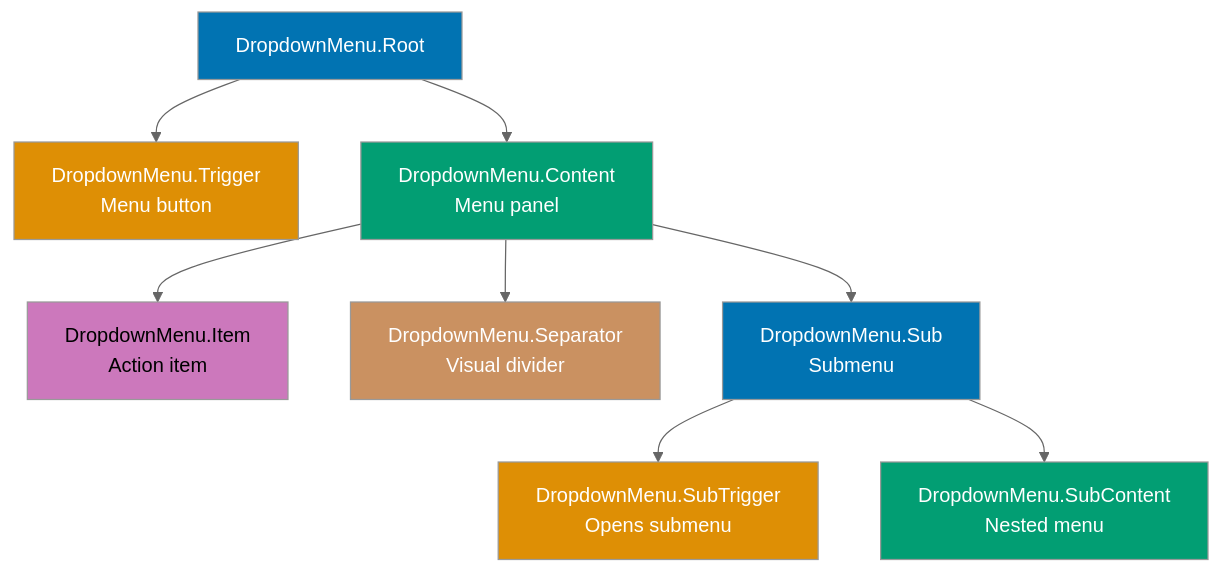
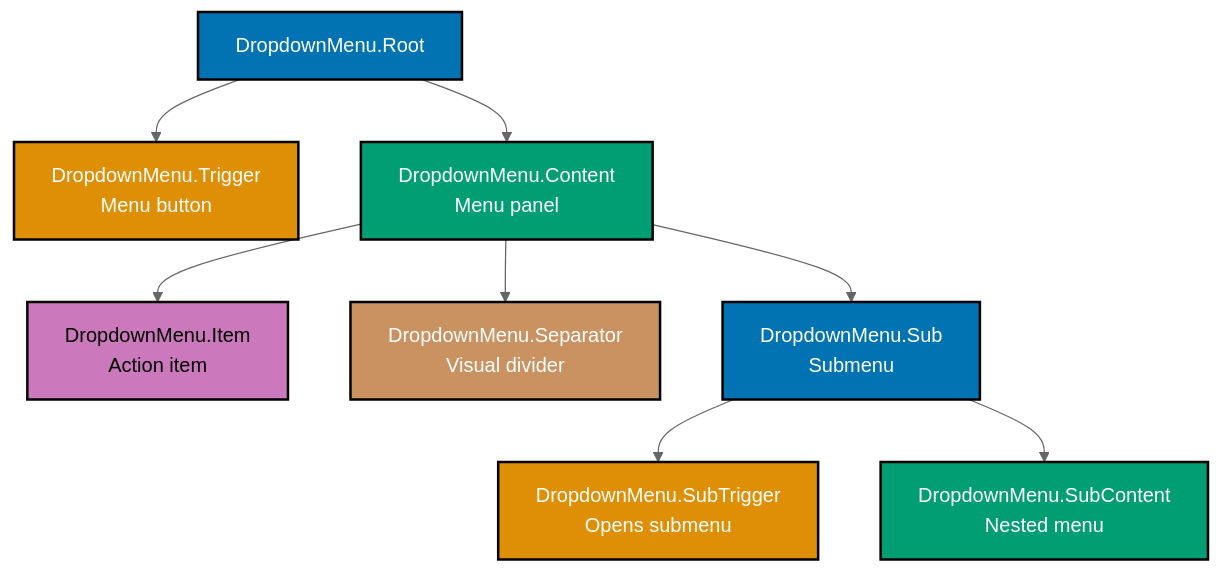
The fourth of 5 diagrams in apps/ayokoding-web/content/en/learn/software-engineering/platform-web/tools/fe-radix-ui/by-example/beginner.md (wahidyankf/open-sharia-enterprise), drawn with Mermaid (neutral theme) before and after one commit. The commit also changed other lines of this file and 13 other files, not shown here.

````diff
--- a/apps/ayokoding-web/content/en/learn/software-engineering/platform-web/tools/fe-radix-ui/by-example/beginner.md
+++ b/apps/ayokoding-web/content/en/learn/software-engineering/platform-web/tools/fe-radix-ui/by-example/beginner.md
@@ -545,20 +545,20 @@
 ```mermaid
 %% Color Palette: Blue #0173B2, Orange #DE8F05, Teal #029E73, Purple #CC78BC, Brown #CA9161
 graph TD
     Root["DropdownMenu.Root"] --> Trigger["DropdownMenu.Trigger<br/>Menu button"]
     Root --> Content["DropdownMenu.Content<br/>Menu panel"]
     Content --> Item1["DropdownMenu.Item<br/>Action item"]
     Content --> Sep["DropdownMenu.Separator<br/>Visual divider"]
     Content --> Sub["DropdownMenu.Sub<br/>Submenu"]
     Sub --> SubTrigger["DropdownMenu.SubTrigger<br/>Opens submenu"]
     Sub --> SubContent["DropdownMenu.SubContent<br/>Nested menu"]
 
-    style Root fill:#0173B2,color:#fff
-    style Trigger fill:#DE8F05,color:#fff
-    style Content fill:#029E73,color:#fff
-    style Item1 fill:#CC78BC,color:#000
-    style Sep fill:#CA9161,color:#fff
-    style Sub fill:#0173B2,color:#fff
-    style SubTrigger fill:#DE8F05,color:#fff
-    style SubContent fill:#029E73,color:#fff
+    style Root fill:#0173B2,stroke:#000000,stroke-width:2px,color:#fff
+    style Trigger fill:#DE8F05,stroke:#000000,stroke-width:2px,color:#fff
+    style Content fill:#029E73,stroke:#000000,stroke-width:2px,color:#fff
+    style Item1 fill:#CC78BC,stroke:#000000,stroke-width:2px,color:#000
+    style Sep fill:#CA9161,stroke:#000000,stroke-width:2px,color:#fff
+    style Sub fill:#0173B2,stroke:#000000,stroke-width:2px,color:#fff
+    style SubTrigger fill:#DE8F05,stroke:#000000,stroke-width:2px,color:#fff
+    style SubContent fill:#029E73,stroke:#000000,stroke-width:2px,color:#fff
 ```
````
